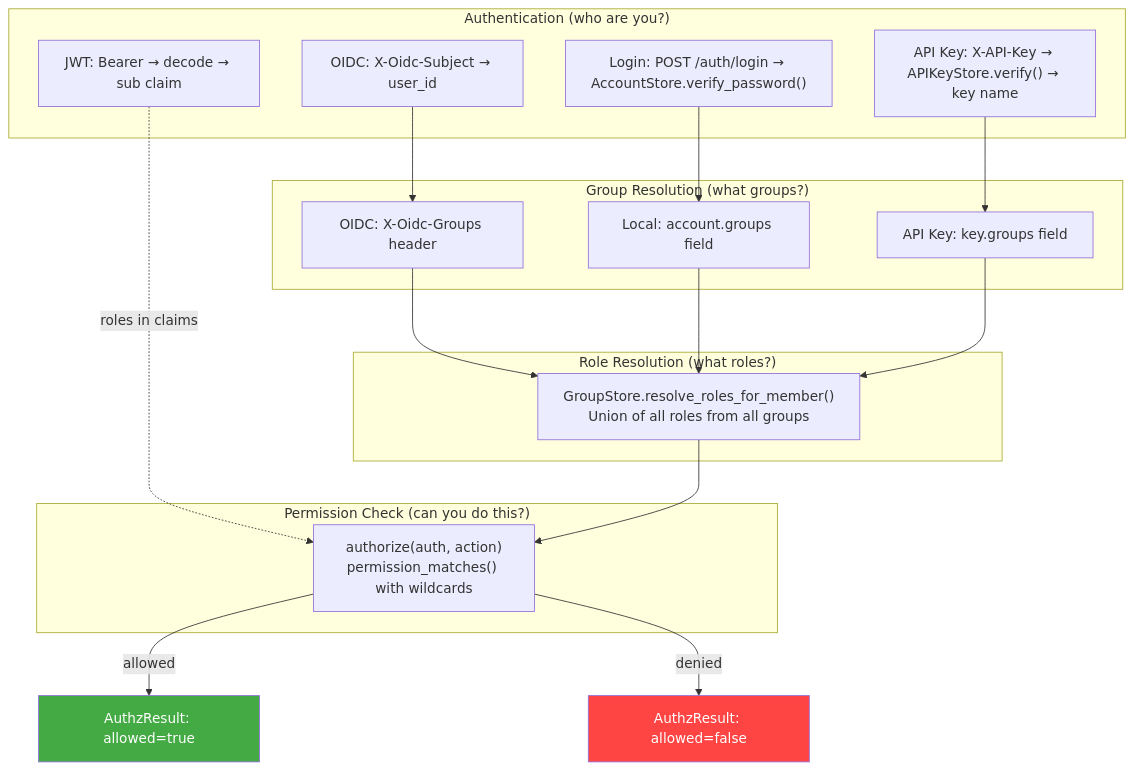
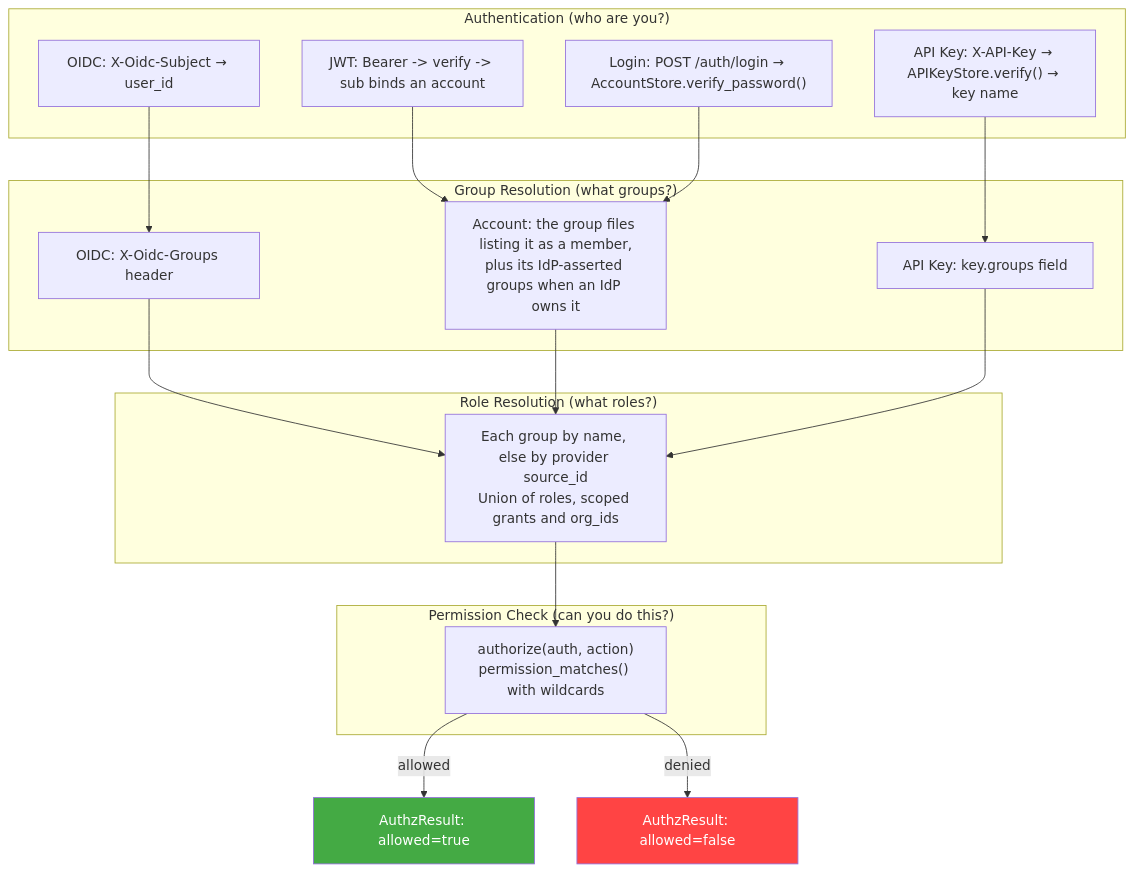
The third of 11 diagrams in docs/control-plane/rbac.md (hyperi-io/dfe-engine), drawn with Mermaid before and after one commit. The commit also changed other lines of this file and 15 other files, not shown here.

First line of the commit message:
fix(auth): harden JIT, OIDC sync and group reads

````diff
--- a/docs/control-plane/rbac.md
+++ b/docs/control-plane/rbac.md
@@ -205,40 +210,40 @@
 ```mermaid
 flowchart TD
     subgraph "Authentication (who are you?)"
         OIDC_AUTH["OIDC: X-Oidc-Subject → user_id"]
         KEY_AUTH["API Key: X-API-Key → APIKeyStore.verify() → key name"]
-        JWT_AUTH["JWT: Bearer → decode → sub claim"]
+        JWT_AUTH["JWT: Bearer -> verify -> sub binds an account"]
         LOCAL_AUTH["Login: POST /auth/login → AccountStore.verify_password()"]
     end
 
     subgraph "Group Resolution (what groups?)"
         OIDC_GRP["OIDC: X-Oidc-Groups header"]
-        LOCAL_GRP["Local: account.groups field"]
+        ACCT_GRP["Account: the group files listing it as a member,<br/>plus its IdP-asserted groups when an IdP owns it"]
         KEY_GRP["API Key: key.groups field"]
     end
 
     subgraph "Role Resolution (what roles?)"
-        ROLE_RES["GroupStore.resolve_roles_for_member()<br/>Union of all roles from all groups"]
+        ROLE_RES["Each group by name, else by provider source_id<br/>Union of roles, scoped grants and org_ids"]
     end
 
     subgraph "Permission Check (can you do this?)"
         PERM["authorize(auth, action)<br/>permission_matches() with wildcards"]
     end
 
     OIDC_AUTH --> OIDC_GRP
     KEY_AUTH --> KEY_GRP
-    JWT_AUTH -.->|roles in claims| PERM
-    LOCAL_AUTH --> LOCAL_GRP
+    JWT_AUTH --> ACCT_GRP
+    LOCAL_AUTH --> ACCT_GRP
 
     OIDC_GRP --> ROLE_RES
-    LOCAL_GRP --> ROLE_RES
+    ACCT_GRP --> ROLE_RES
     KEY_GRP --> ROLE_RES
 
     ROLE_RES --> PERM
 
     PERM -->|allowed| ALLOW[AuthzResult: allowed=true]
     PERM -->|denied| DENY[AuthzResult: allowed=false]
 
     style ALLOW fill:#4a4,color:#fff
     style DENY fill:#f44,color:#fff
 ```
````
